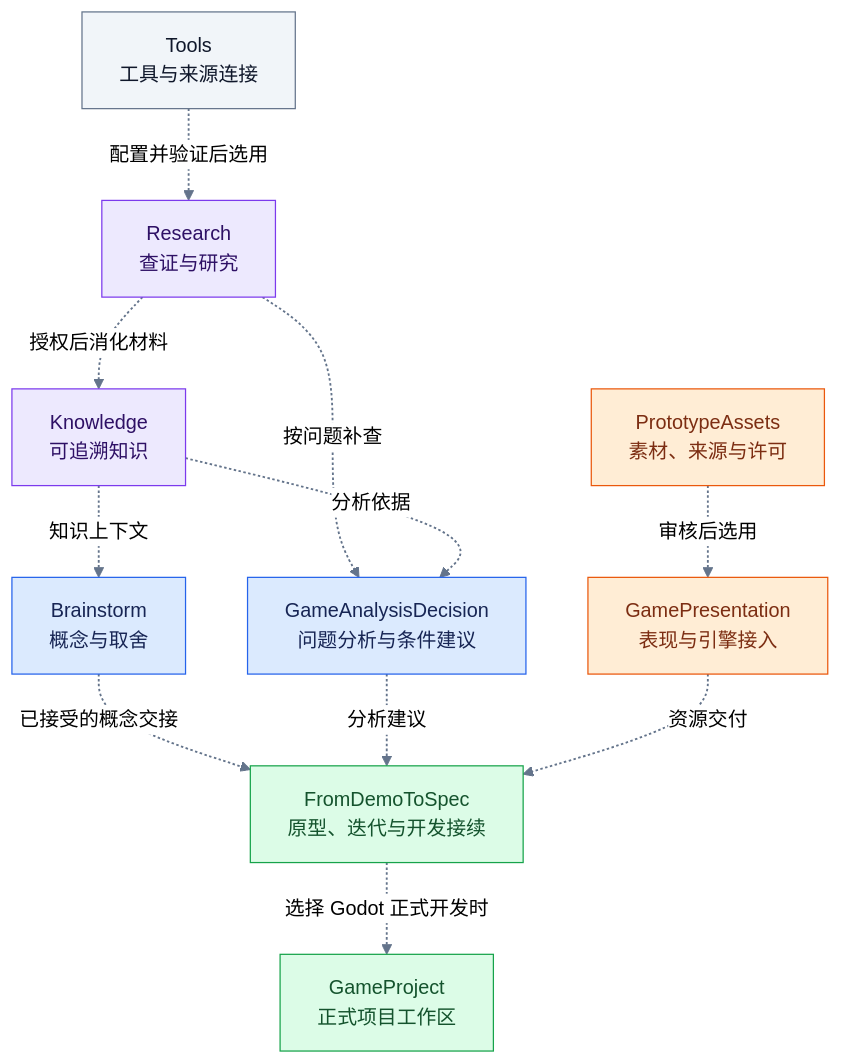
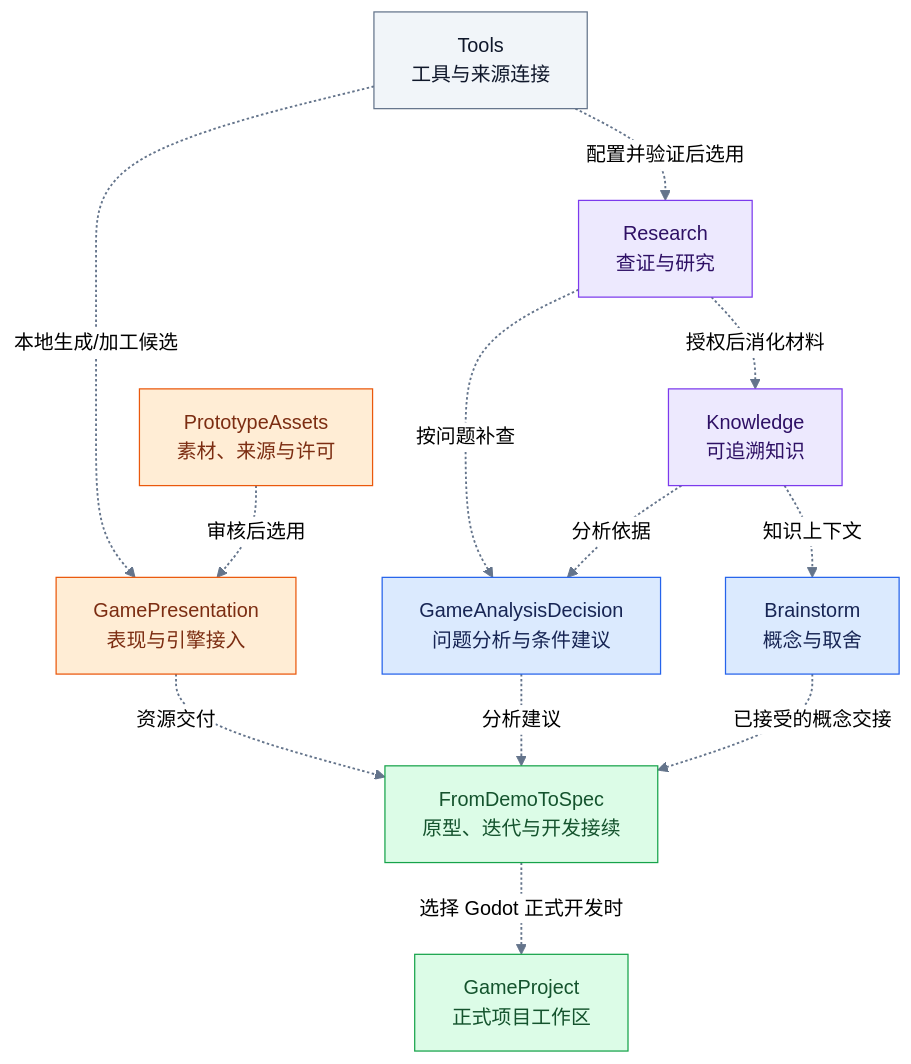
The first of 2 diagrams in README.md (ZhongTyler/AgentWorkSpace), drawn with Mermaid (neutral theme) before and after one commit. The commit also changed other lines of this file and 45 other files, not shown here.

````diff
--- a/README.md
+++ b/README.md
@@ -27,30 +27,31 @@
 ```mermaid
 flowchart TB
     Tools["Tools<br/>工具与来源连接"]:::support
     Research["Research<br/>查证与研究"]:::evidence
     Knowledge["Knowledge<br/>可追溯知识"]:::evidence
     Brainstorm["Brainstorm<br/>概念与取舍"]:::work
     Analysis["GameAnalysisDecision<br/>问题分析与条件建议"]:::work
     Prototype["FromDemoToSpec<br/>原型、迭代与开发接续"]:::delivery
     Project["GameProject<br/>正式项目工作区"]:::delivery
     Assets["PrototypeAssets<br/>素材、来源与许可"]:::assets
     Presentation["GamePresentation<br/>表现与引擎接入"]:::assets
 
     Tools -. "配置并验证后选用" .-> Research
+    Tools -. "本地生成/加工候选" .-> Presentation
     Research -. "授权后消化材料" .-> Knowledge
     Research -. "按问题补查" .-> Analysis
     Knowledge -. "知识上下文" .-> Brainstorm
     Knowledge -. "分析依据" .-> Analysis
     Brainstorm -. "已接受的概念交接" .-> Prototype
     Analysis -. "分析建议" .-> Prototype
     Assets -. "审核后选用" .-> Presentation
     Presentation -. "资源交付" .-> Prototype
     Prototype -. "选择 Godot 正式开发时" .-> Project
 
     linkStyle default stroke:#64748b,stroke-width:1.5px
     classDef support fill:#f1f5f9,stroke:#64748b,color:#0f172a
     classDef evidence fill:#ede9fe,stroke:#7c3aed,color:#2e1065
     classDef work fill:#dbeafe,stroke:#2563eb,color:#172554
     classDef assets fill:#ffedd5,stroke:#ea580c,color:#7c2d12
     classDef delivery fill:#dcfce7,stroke:#16a34a,color:#14532d
 ```
````
